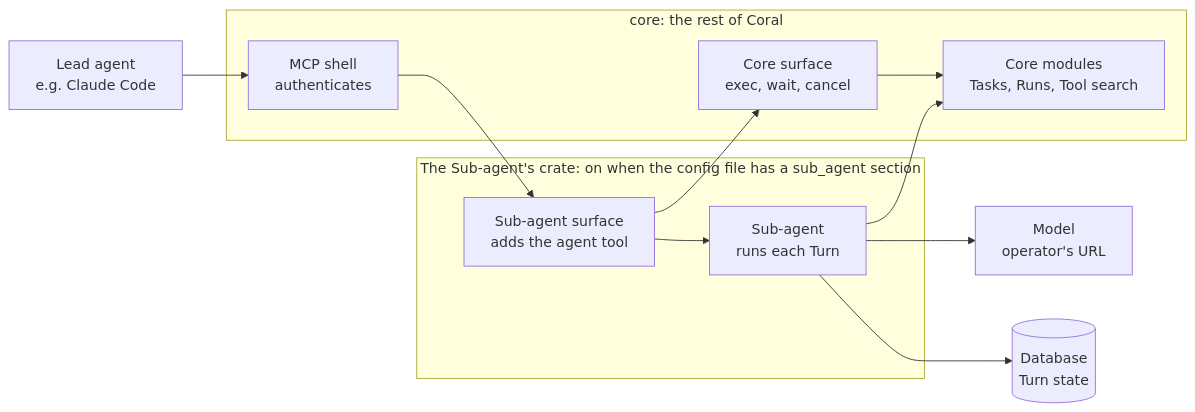
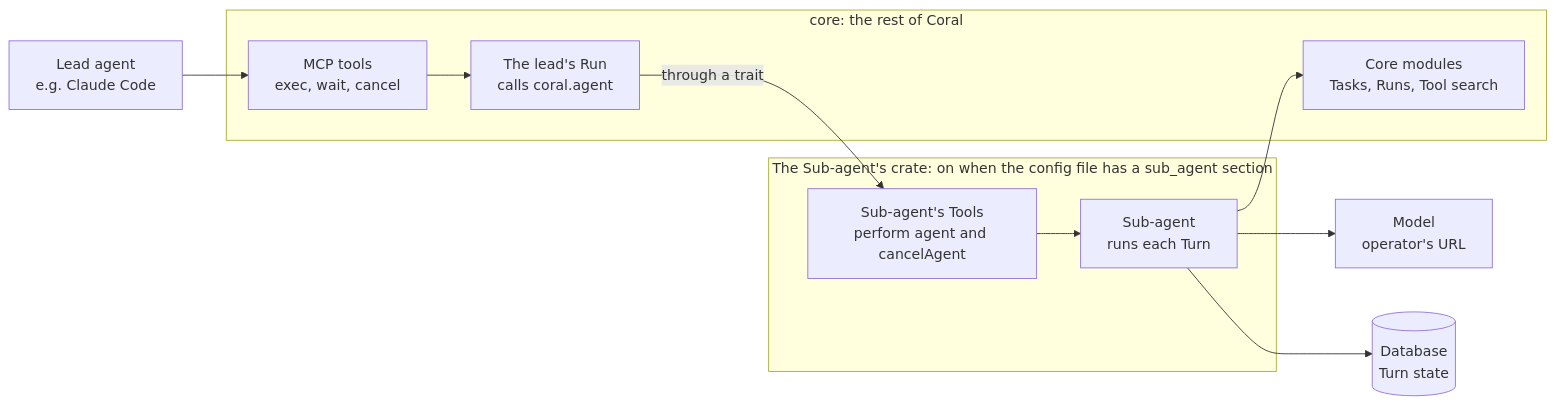
Before and after one commit to withcoral/coral: the first of 4 diagrams in docs/adr/0040-a-sub-agent-does-data-work-for-the-agent-that-calls-it.md, drawn with Mermaid. The commit also changed other lines of this file, not shown here.

Commit message:
docs(sub-agent): record that the Sub-agent is served as two Built-in Tools

````diff
--- a/docs/adr/0040-a-sub-agent-does-data-work-for-the-agent-that-calls-it.md
+++ b/docs/adr/0040-a-sub-agent-does-data-work-for-the-agent-that-calls-it.md
@@ -33,22 +33,21 @@
 ```mermaid
 flowchart LR
     lead["Lead agent<br/>e.g. Claude Code"]
     model["Model<br/>operator's URL"]
     db[("Database<br/>Turn state")]
     subgraph crate["The Sub-agent's crate: on when the config file has a sub_agent section"]
-        agentsurface["Sub-agent surface<br/>adds the agent tool"]
+        agenttools["Sub-agent's Tools<br/>perform agent and cancelAgent"]
         subagent["Sub-agent<br/>runs each Turn"]
     end
     subgraph core["core: the rest of Coral"]
-        shell["MCP shell<br/>authenticates"]
-        coresurface["Core surface<br/>exec, wait, cancel"]
+        shell["MCP tools<br/>exec, wait, cancel"]
+        run["The lead's Run<br/>calls coral.agent"]
         modules["Core modules<br/>Tasks, Runs, Tool search"]
     end
-    lead --> shell --> agentsurface
-    agentsurface --> subagent
-    agentsurface --> coresurface
-    coresurface --> modules
+    lead --> shell --> run
+    run -- through a trait --> agenttools
+    agenttools --> subagent
     subagent --> modules
     subagent --> model
     subagent --> db
 ```
````
